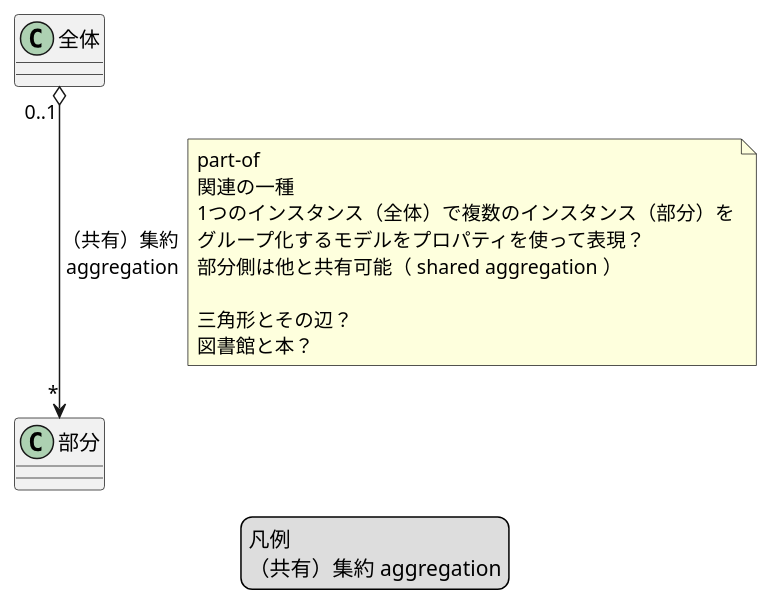
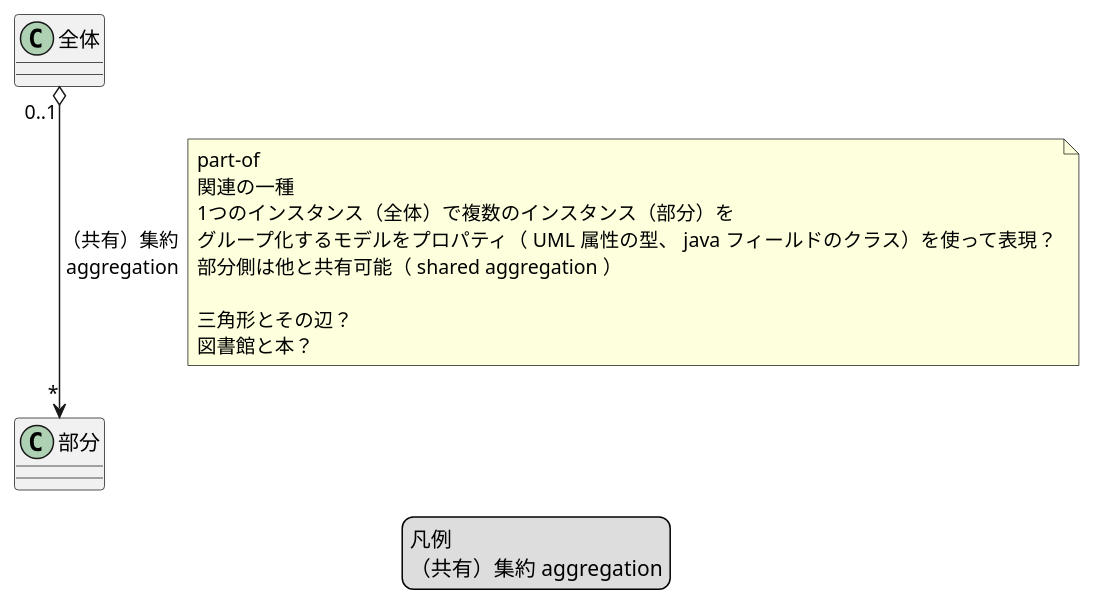
The diagram in site/content/ja/docs/Appendix/uml/class/puml/legend/classe-legend-aggregation.puml (peregrin8alde/learn-ossdb-gold), drawn with PlantUML before and after one commit. The commit also changed 6 other files, not shown here.

```diff
--- a/site/content/ja/docs/Appendix/uml/class/puml/legend/classe-legend-aggregation.puml
+++ b/site/content/ja/docs/Appendix/uml/class/puml/legend/classe-legend-aggregation.puml
@@ -1,28 +1,28 @@
 @startuml
 /'
 "全体" "0..1" o--> "*" "部分" : "（共有）集約\n aggregation"
 '/
 legend
 凡例
 （共有）集約 aggregation
 endlegend
 
 /'
 Sometimes a Property is used to model circumstances in which one instance is used to group together a set of instances; 
 this is called aggregation.
 '/
 
 "全体" "0..1" o--> "*" "部分" : "（共有）集約\n aggregation"
 note right on link
 part-of
 関連の一種
 1つのインスタンス（全体）で複数のインスタンス（部分）を
-グループ化するモデルをプロパティを使って表現？
+グループ化するモデルをプロパティ（ UML 属性の型、 java フィールドのクラス）を使って表現？
 部分側は他と共有可能（ shared aggregation ）
 
 三角形とその辺？
 図書館と本？
 end note
 
 
 @enduml
```
